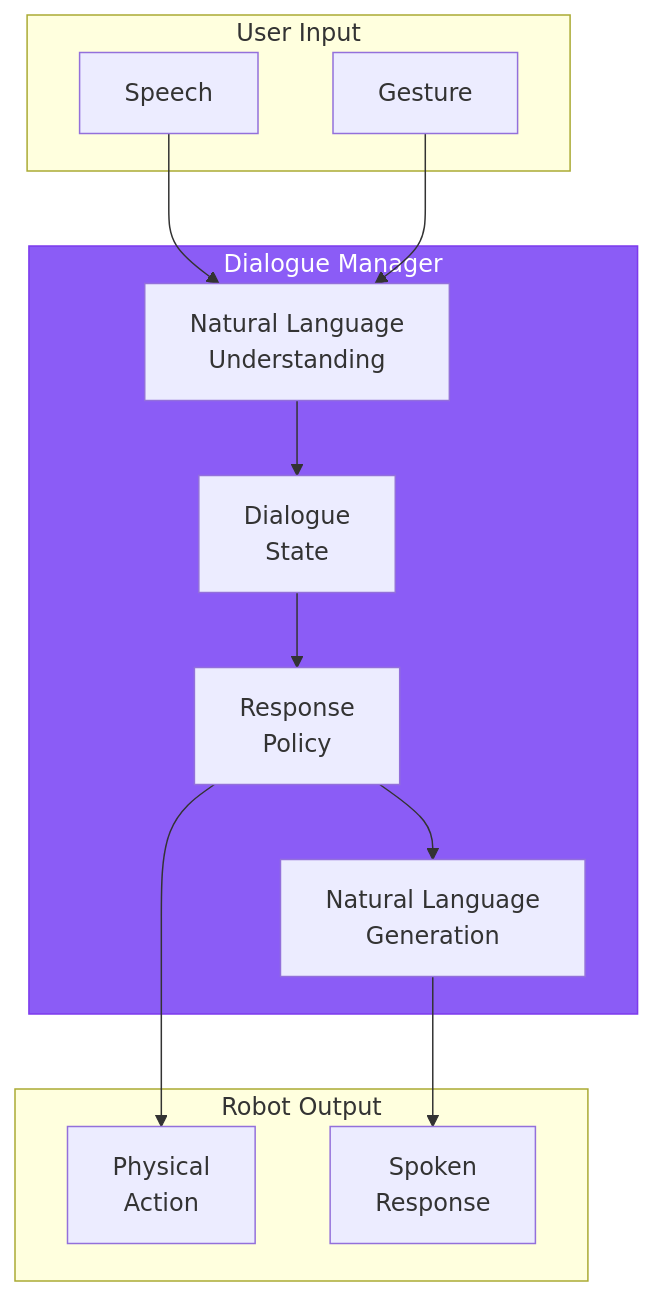
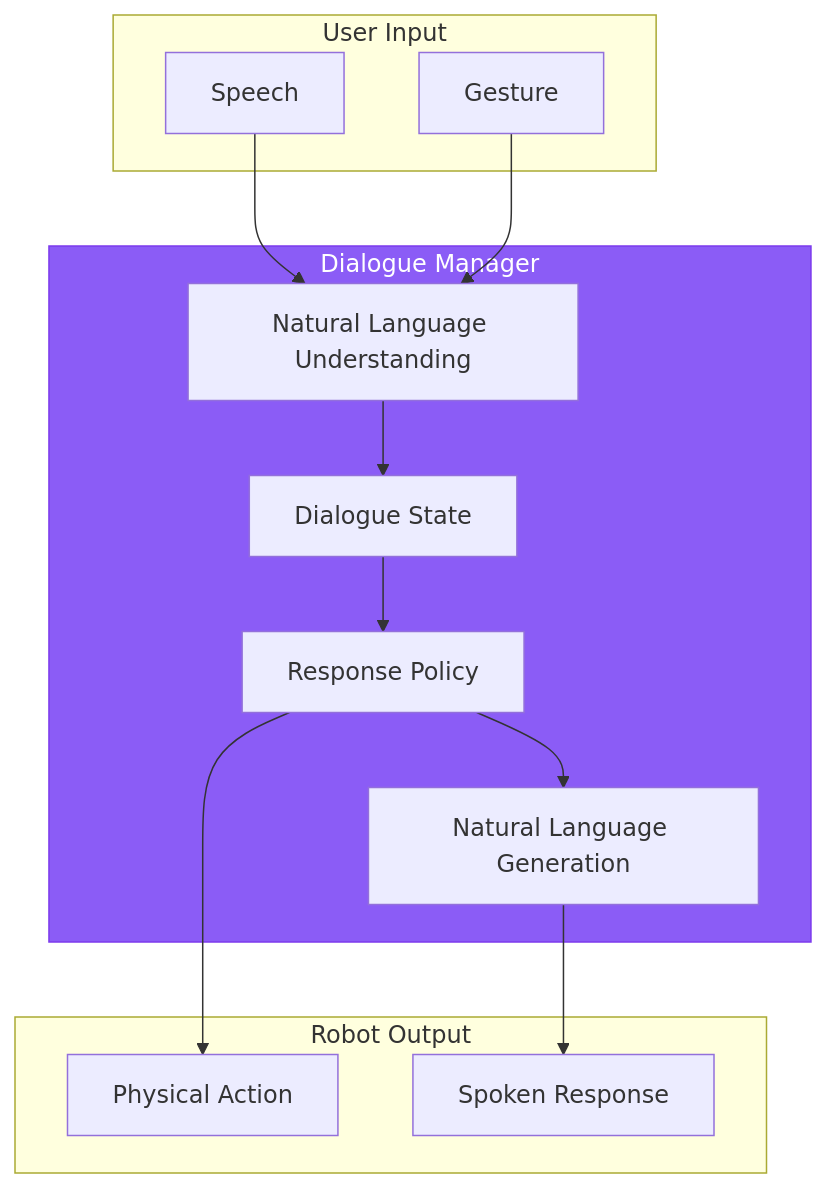
The first of 5 diagrams in docs/modules/module-4-vla/chapter-16-conversation.md (shakir-hussain1/physical-AI-and-humanoid-robotics-textbook-by-shakir-hussain), drawn with Mermaid before and after one commit. The commit also changed other lines of this file and 17 other files, not shown here.

Commit message:
fix: Remove br tags from Mermaid diagrams causing parse errors

````diff
--- a/docs/modules/module-4-vla/chapter-16-conversation.md
+++ b/docs/modules/module-4-vla/chapter-16-conversation.md
@@ -33,29 +33,29 @@
 ```mermaid
 flowchart TD
     subgraph Input["User Input"]
         SPEECH[Speech]
         GESTURE[Gesture]
     end
 
     subgraph DM["Dialogue Manager"]
-        NLU[Natural Language<br/>Understanding]
-        STATE[Dialogue<br/>State]
-        POLICY[Response<br/>Policy]
-        NLG[Natural Language<br/>Generation]
+        NLU[Natural Language Understanding]
+        STATE[Dialogue State]
+        POLICY[Response Policy]
+        NLG[Natural Language Generation]
     end
 
     subgraph Output["Robot Output"]
-        ACTION[Physical<br/>Action]
-        SPEAK[Spoken<br/>Response]
+        ACTION[Physical Action]
+        SPEAK[Spoken Response]
     end
 
     SPEECH --> NLU
     GESTURE --> NLU
     NLU --> STATE
     STATE --> POLICY
     POLICY --> NLG
     POLICY --> ACTION
     NLG --> SPEAK
 
     style DM fill:#8b5cf6,stroke:#7c3aed,color:#fff
 ```
````
